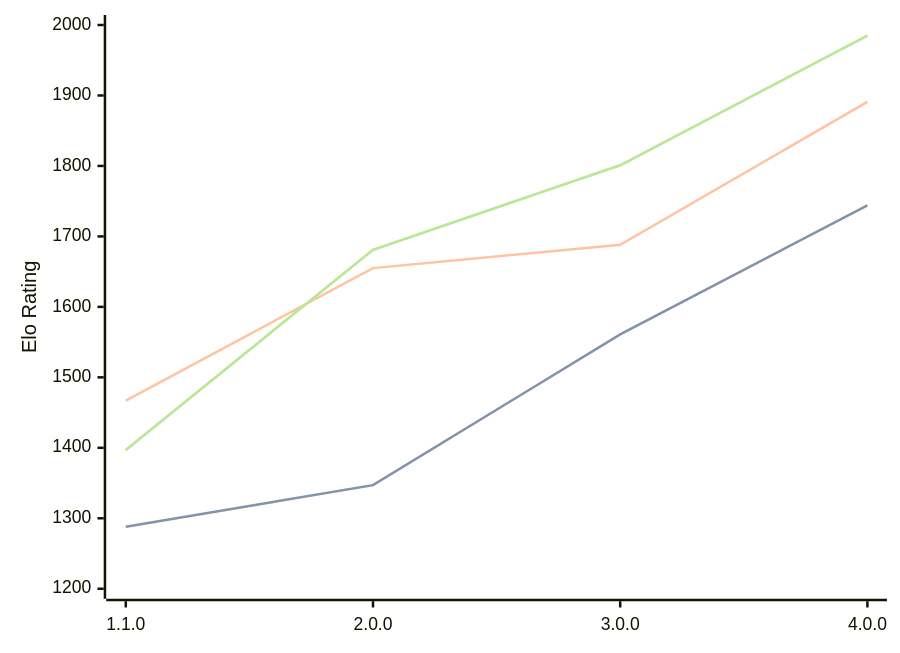
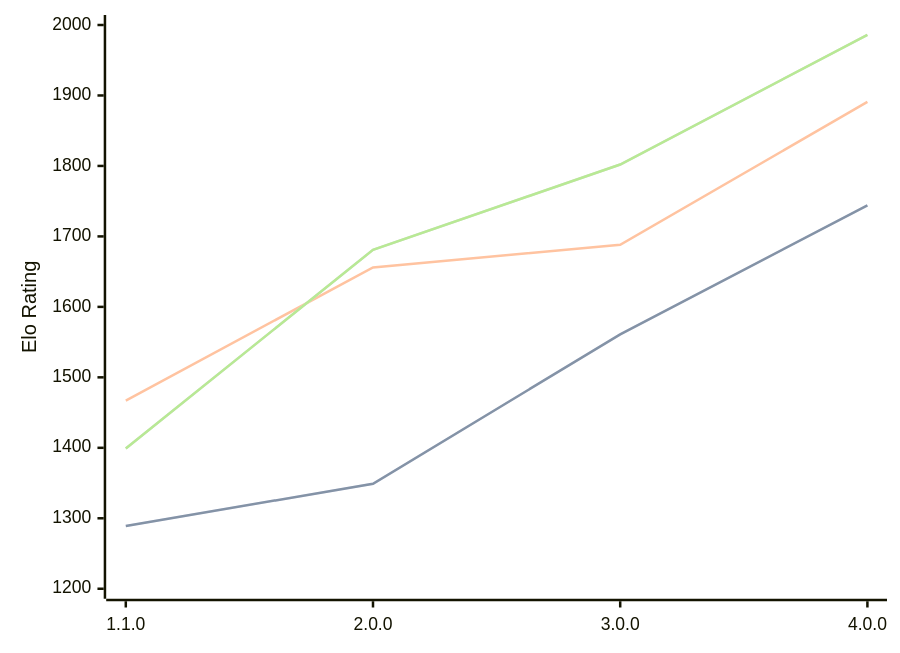
One commit to computer-chess-index/cci changed the diagram in engines/Laura.md. Above: the diagram before and after it, drawn with Mermaid. The commit also changed other lines of this file, not shown here.

Commit message:
Update CCI Ratings (ELO VLTC) - 2026-07-25

````diff
--- a/engines/Laura.md
+++ b/engines/Laura.md
@@ -35,11 +35,11 @@
 ```mermaid
 %%{init: {"theme":"base","themeVariables":{"seriesColors:['#a3a3a3','#222221','#faa371']}}}%%
 xychart-beta
   x-axis ["1.1.0", "2.0.0", "3.0.0", "4.0.0"]
   y-axis "Elo Rating" 1200 --> 2000
-  line "STC (8.0+0.08s)" [1288, 1347, 1561, 1744]
-  line "STC (8.0+0.08s)" [1288, 1347, 1561, 1744]
-  line "LTC (60.0+0.60s)" [1467, 1655, 1688, 1891]
-  line "VLTC (2m24s+1.12s)" [1397, 1681, 1801, 1985]
-  line "VLTC (2m24s+1.12s)" [1397, 1681, 1801, 1985]
+  line "STC (8.0+0.08s)" [1289, 1349, 1561, 1744]
+  line "STC (8.0+0.08s)" [1289, 1349, 1561, 1744]
+  line "LTC (60.0+0.60s)" [1467, 1656, 1688, 1891]
+  line "VLTC (2m24s+1.12s)" [1399, 1681, 1802, 1986]
+  line "VLTC (2m24s+1.12s)" [1399, 1681, 1802, 1986]
 ```
````
